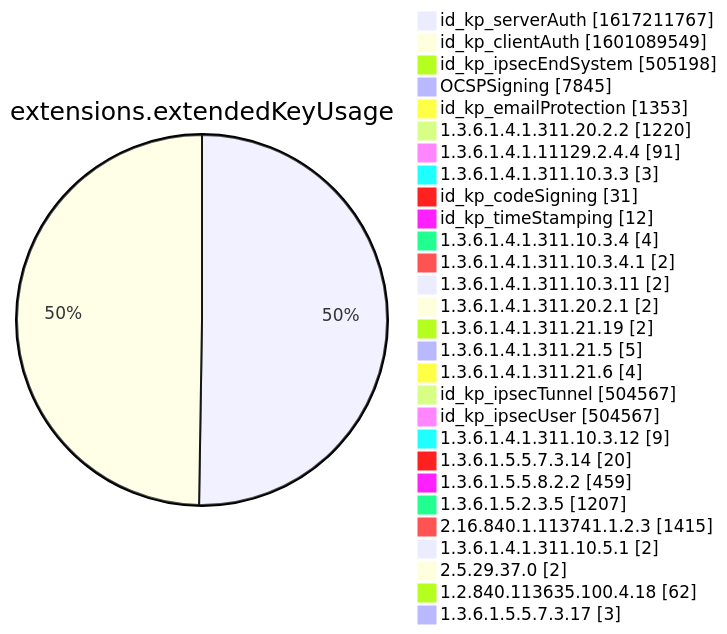
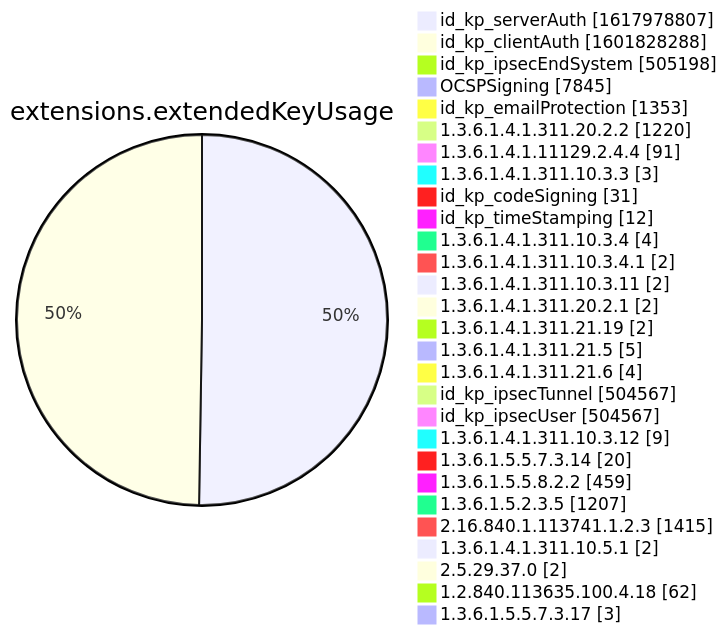
One commit to christiankrug/ctmonitor_visualization changed diagram 12 of 15 in xenon2022/README.md. Above: the diagram before and after it, drawn with Mermaid. The commit also changed other lines of this file, not shown here.

````diff
--- a/xenon2022/README.md
+++ b/xenon2022/README.md
@@ -3885,32 +3885,32 @@
 ```mermaid
 pie showData
 title extensions.extendedKeyUsage
-"id_kp_serverAuth" :1617211767
-"id_kp_clientAuth" :1601089549
+"id_kp_serverAuth" :1617978807
+"id_kp_clientAuth" :1601828288
 "id_kp_ipsecEndSystem" :505198
 "OCSPSigning" :7845
 "id_kp_emailProtection" :1353
 "1.3.6.1.4.1.311.20.2.2" :1220
 "1.3.6.1.4.1.11129.2.4.4" :91
 "1.3.6.1.4.1.311.10.3.3" :3
 "id_kp_codeSigning" :31
 "id_kp_timeStamping" :12
 "1.3.6.1.4.1.311.10.3.4" :4
 "1.3.6.1.4.1.311.10.3.4.1" :2
 "1.3.6.1.4.1.311.10.3.11" :2
 "1.3.6.1.4.1.311.20.2.1" :2
 "1.3.6.1.4.1.311.21.19" :2
 "1.3.6.1.4.1.311.21.5" :5
 "1.3.6.1.4.1.311.21.6" :4
 "id_kp_ipsecTunnel" :504567
 "id_kp_ipsecUser" :504567
 "1.3.6.1.4.1.311.10.3.12" :9
 "1.3.6.1.5.5.7.3.14" :20
 "1.3.6.1.5.5.8.2.2" :459
 "1.3.6.1.5.2.3.5" :1207
 "2.16.840.1.113741.1.2.3" :1415
 "1.3.6.1.4.1.311.10.5.1" :2
 "2.5.29.37.0" :2
 "1.2.840.113635.100.4.18" :62
 "1.3.6.1.5.5.7.3.17" :3
 ```
````
